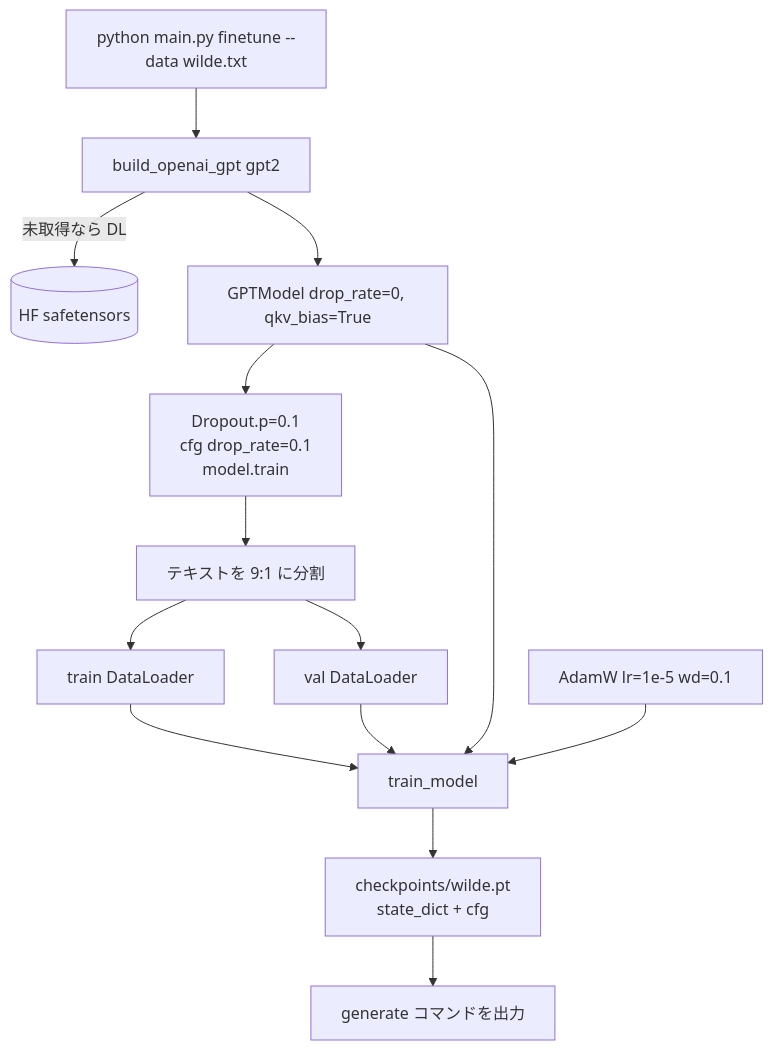
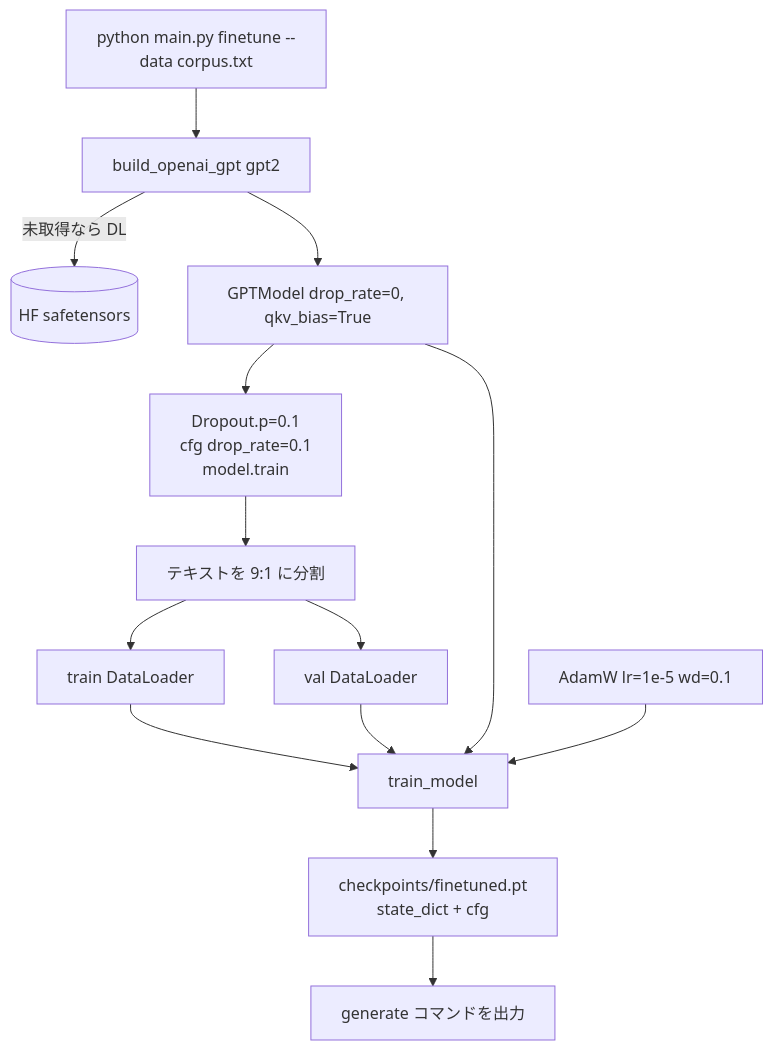
Before and after one commit to cacapouh/gpt2-from-scratch: the diagram in docs/finetuning.md, drawn with Mermaid. The commit also changed other lines of this file and 11 other files, not shown here.

````diff
--- a/docs/finetuning.md
+++ b/docs/finetuning.md
@@ -14,16 +20,16 @@
 ```mermaid
 flowchart TD
-    CLI[python main.py finetune --data wilde.txt] --> LOAD[build_openai_gpt gpt2]
+    CLI[python main.py finetune --data corpus.txt] --> LOAD[build_openai_gpt gpt2]
     LOAD -->|未取得なら DL| HF[(HF safetensors)]
     LOAD --> M[GPTModel drop_rate=0, qkv_bias=True]
     M --> FIX[Dropout.p=0.1<br/>cfg drop_rate=0.1<br/>model.train]
     FIX --> SPLIT[テキストを 9:1 に分割]
     SPLIT --> DL1[train DataLoader]
     SPLIT --> DL2[val DataLoader]
     DL1 --> TL[train_model]
     DL2 --> TL
     M --> TL
     OPT[AdamW lr=1e-5 wd=0.1] --> TL
-    TL --> CKPT[checkpoints/wilde.pt<br/>state_dict + cfg]
+    TL --> CKPT[checkpoints/finetuned.pt<br/>state_dict + cfg]
     CKPT --> HINT[generate コマンドを出力]
 ```
````
